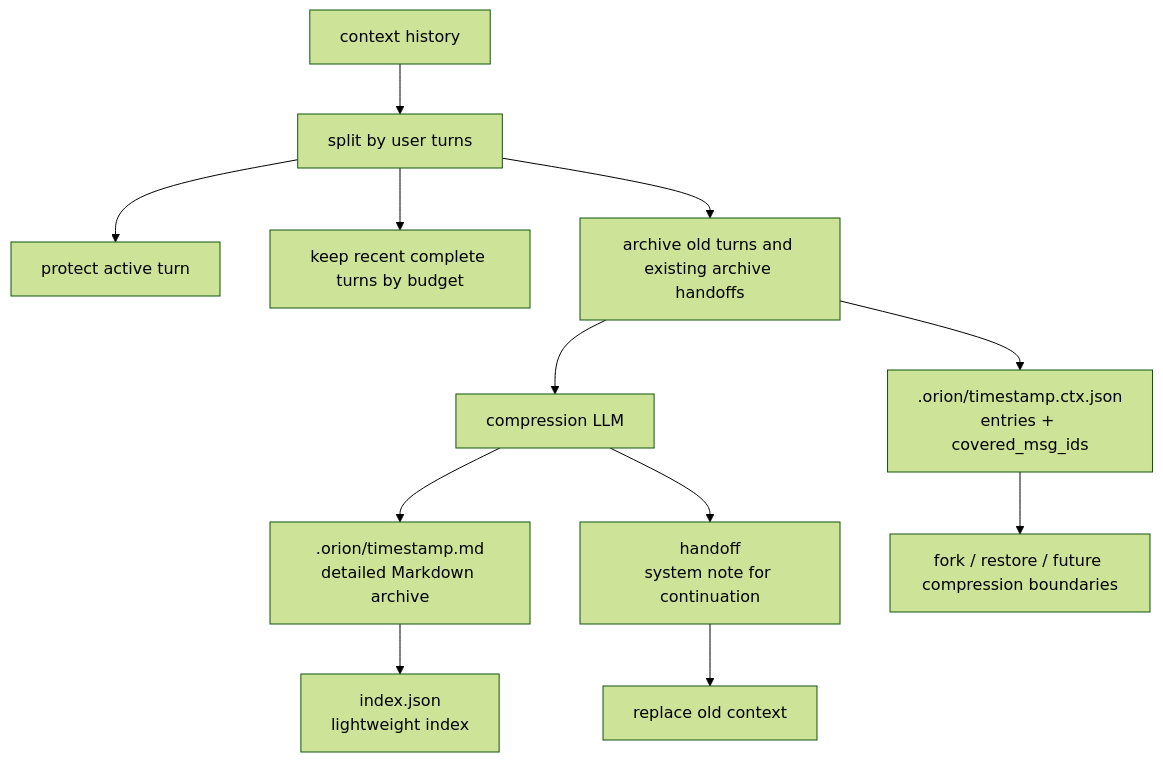
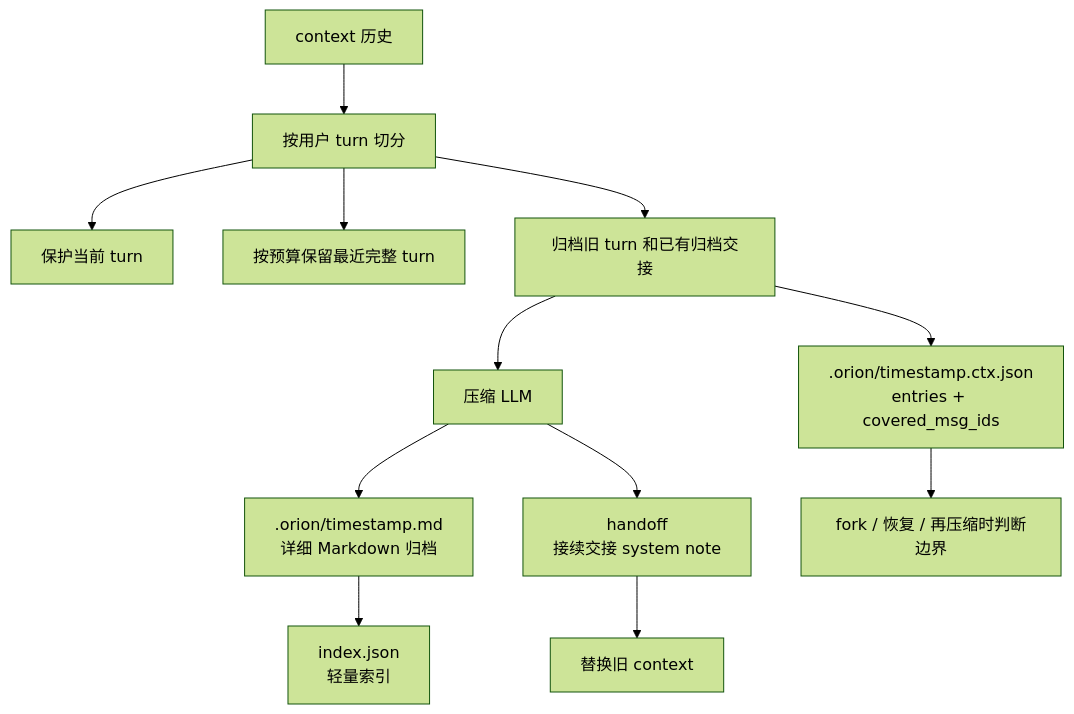
One commit to Micro-Mood/Orion changed the second of 2 diagrams in README.md. Above: the diagram before and after it, drawn with Mermaid (forest theme). The commit also changed other lines of this file and 3 other files, not shown here.

````diff
--- a/README.md
+++ b/README.md
@@ -170,14 +170,14 @@
 ```mermaid
 flowchart TD
-    A[context history] --> B[split by user turns]
-    B --> C[protect active turn]
-    B --> D[keep recent complete turns by budget]
-    B --> E[archive old turns and existing archive handoffs]
-    E --> F[compression LLM]
-    F --> G[.orion/timestamp.md<br/>detailed Markdown archive]
-    F --> H[handoff<br/>system note for continuation]
+    A[context 历史] --> B[按用户 turn 切分]
+    B --> C[保护当前 turn]
+    B --> D[按预算保留最近完整 turn]
+    B --> E[归档旧 turn 和已有归档交接]
+    E --> F[压缩 LLM]
+    F --> G[.orion/timestamp.md<br/>详细 Markdown 归档]
+    F --> H[handoff<br/>接续交接 system note]
     E --> I[.orion/timestamp.ctx.json<br/>entries + covered_msg_ids]
-    G --> J[index.json<br/>lightweight index]
-    H --> K[replace old context]
-    I --> L[fork / restore / future compression boundaries]
+    G --> J[index.json<br/>轻量索引]
+    H --> K[替换旧 context]
+    I --> L[fork / 恢复 / 再压缩时判断边界]
 ```
````
